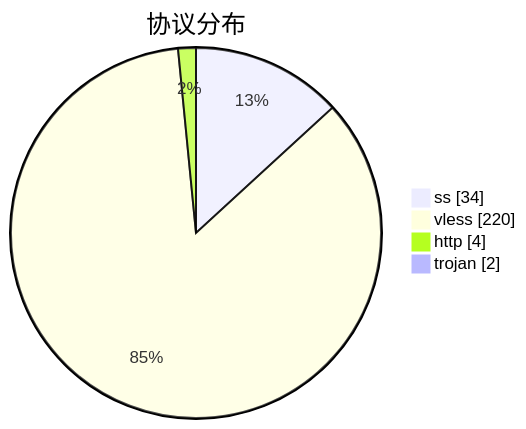
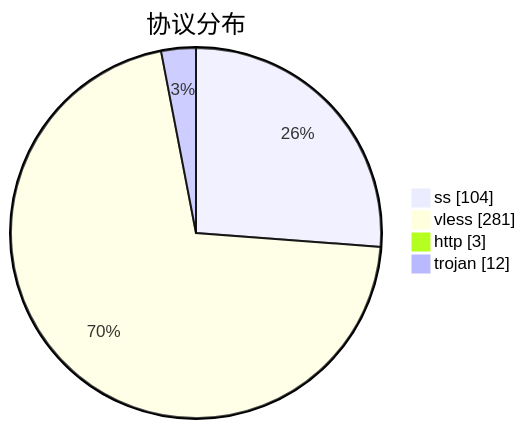
Before and after one commit to qjlxg/airport: the third of 3 diagrams in subs/statistics/tested_within.md, drawn with Mermaid. The commit also changed other lines of this file and 2 other files, not shown here.

````diff
--- a/subs/statistics/tested_within.md
+++ b/subs/statistics/tested_within.md
@@ -32,8 +32,8 @@
 ```mermaid
 pie showData
 title 协议分布
-"ss" : 34
-"vless" : 220
-"http" : 4
-"trojan" : 2
+"ss" : 104
+"vless" : 281
+"http" : 3
+"trojan" : 12
 ```
````
